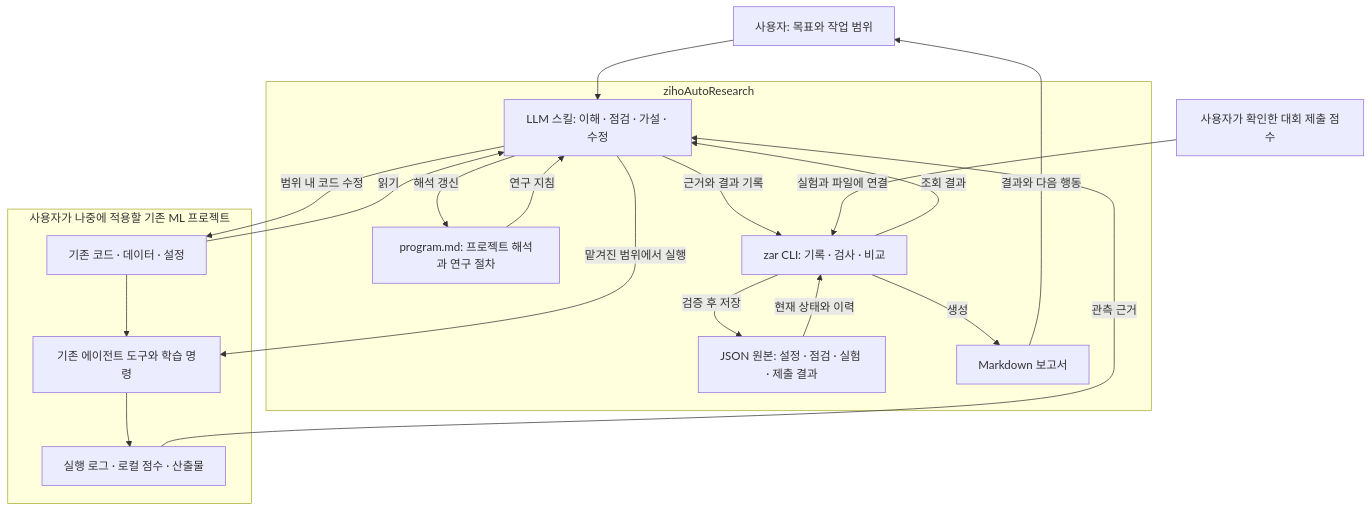
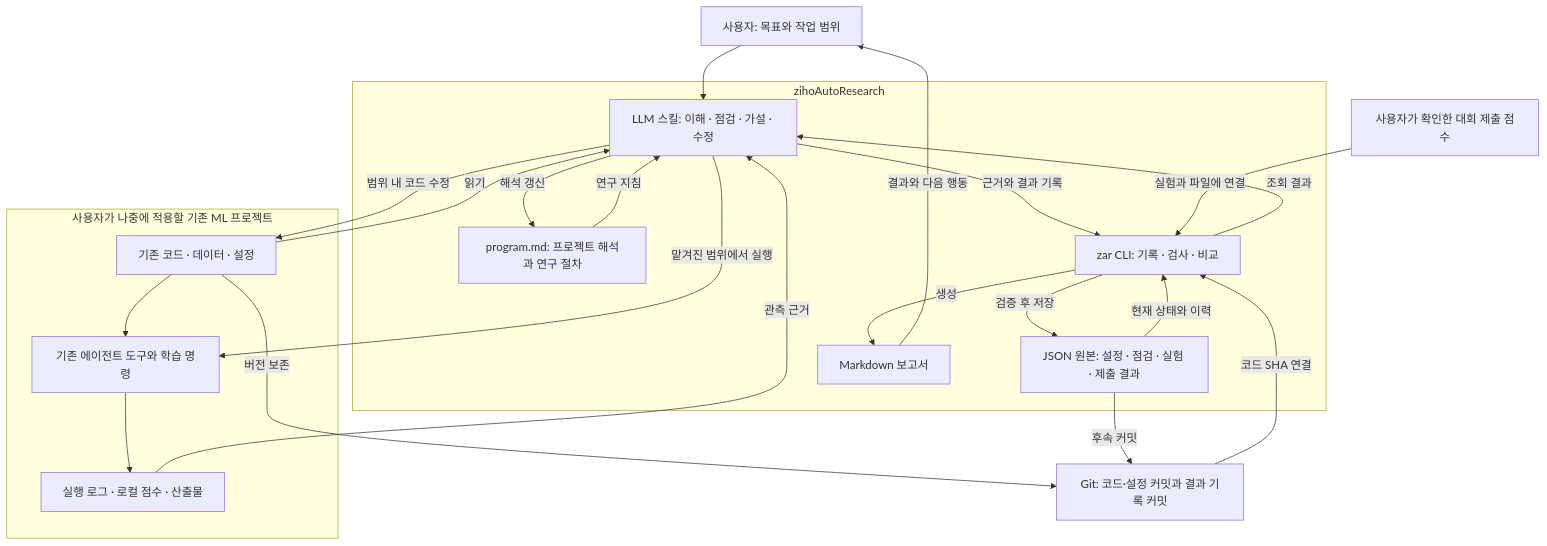
The diagram in README.md (ziholee/zihoAutoResearch), drawn with Mermaid before and after one commit. The commit also changed other lines of this file and 18 other files, not shown here.

````diff
--- a/README.md
+++ b/README.md
@@ -17,33 +17,37 @@
 ```mermaid
 flowchart TD
     U[사용자: 목표와 작업 범위] --> S
 
     subgraph Z[zihoAutoResearch]
         S[LLM 스킬: 이해 · 점검 · 가설 · 수정]
         P[program.md: 프로젝트 해석과 연구 절차]
         C[zar CLI: 기록 · 검사 · 비교]
         J[JSON 원본: 설정 · 점검 · 실험 · 제출 결과]
         R[Markdown 보고서]
         P -->|연구 지침| S
         S -->|해석 갱신| P
         S -->|근거와 결과 기록| C
         C -->|검증 후 저장| J
         J -->|현재 상태와 이력| C
         C -->|조회 결과| S
         C -->|생성| R
     end
 
     subgraph E[사용자가 나중에 적용할 기존 ML 프로젝트]
         F[기존 코드 · 데이터 · 설정]
         X[기존 에이전트 도구와 학습 명령]
         O[실행 로그 · 로컬 점수 · 산출물]
         F --> X --> O
     end
 
     F -->|읽기| S
     S -->|범위 내 코드 수정| F
     S -->|맡겨진 범위에서 실행| X
     O -->|관측 근거| S
+    G[Git: 코드·설정 커밋과 결과 기록 커밋]
+    F -->|버전 보존| G
+    J -->|후속 커밋| G
+    G -->|코드 SHA 연결| C
     L[사용자가 확인한 대회 제출 점수] -->|실험과 파일에 연결| C
     R -->|결과와 다음 행동| U
 ```
````
